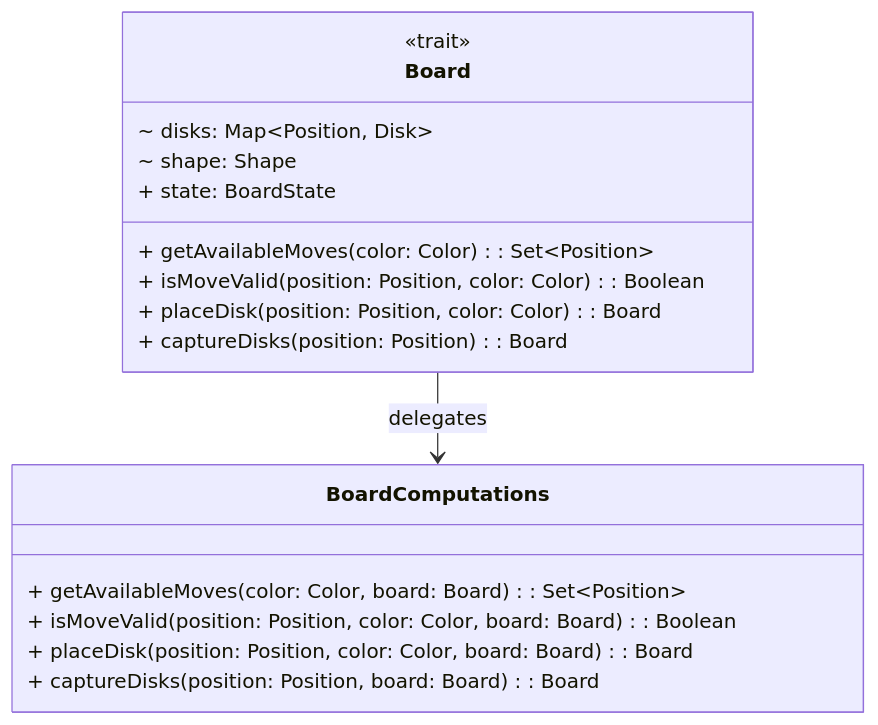
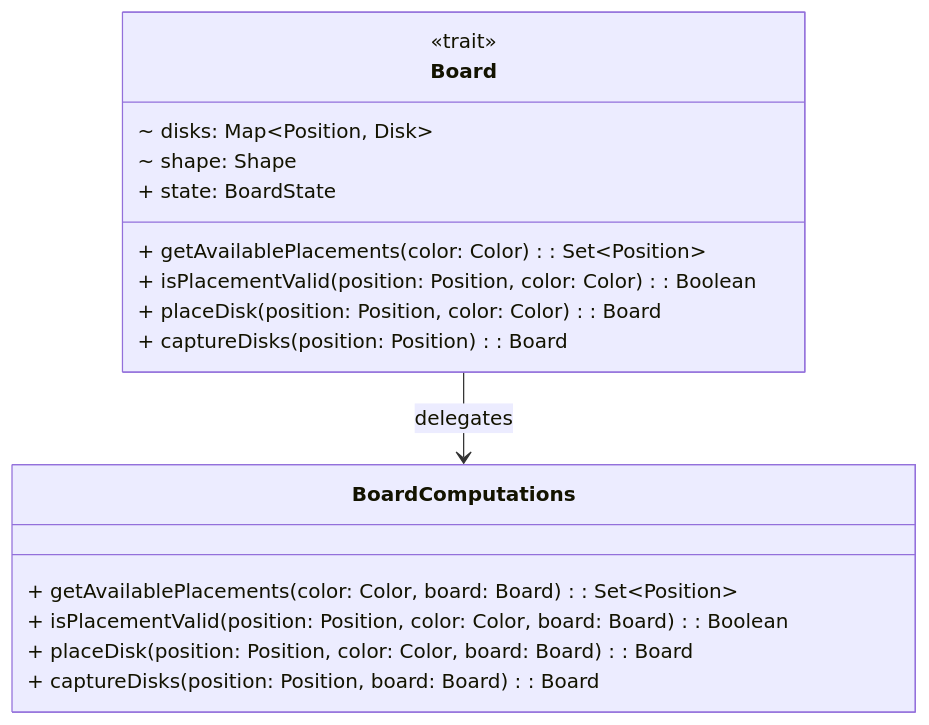
Before and after one commit to Borgotto/PPS-25-scalatello: the ninth of 11 diagrams in docs/report/5-detailed-design.md, drawn with Mermaid.

Commit message:
Change functions name in Board design

````diff
--- a/docs/report/5-detailed-design.md
+++ b/docs/report/5-detailed-design.md
@@ -202,20 +202,20 @@
 ```mermaid
 classDiagram
   class Board {
     <<trait>>
     ~ disks: Map~Position, Disk~
     ~ shape: Shape
     + state: BoardState
-    + getAvailableMoves(color: Color): Set~Position~
-    + isMoveValid(position: Position, color: Color): Boolean
+    + getAvailablePlacements(color: Color): Set~Position~
+    + isPlacementValid(position: Position, color: Color): Boolean
     + placeDisk(position: Position, color: Color): Board
     + captureDisks(position: Position): Board
   }
   class BoardComputations {
-    + getAvailableMoves(color: Color, board: Board): Set~Position~
-    + isMoveValid(position: Position, color: Color, board: Board): Boolean
+    + getAvailablePlacements(color: Color, board: Board): Set~Position~
+    + isPlacementValid(position: Position, color: Color, board: Board): Boolean
     + placeDisk(position: Position, color: Color, board: Board): Board
     + captureDisks(position: Position, board: Board): Board
   }
   Board --> BoardComputations: delegates
 ```
````
